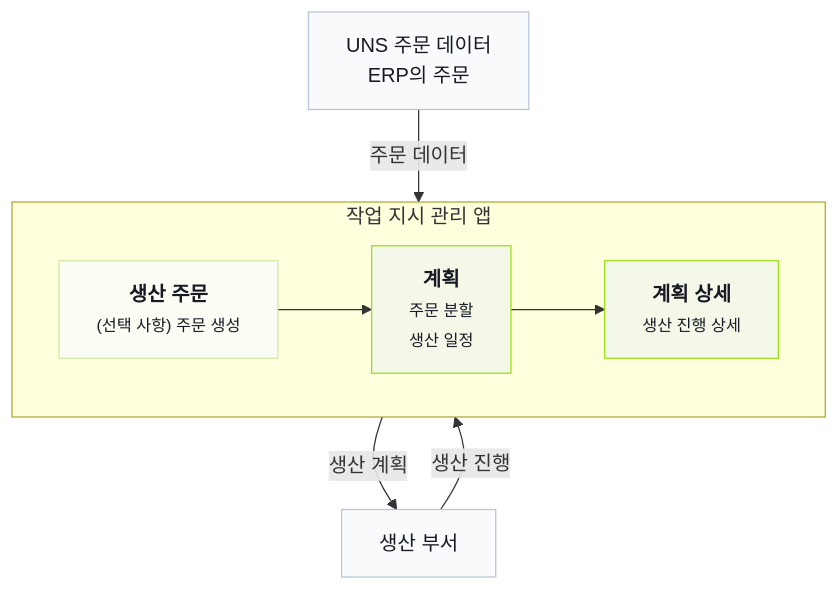
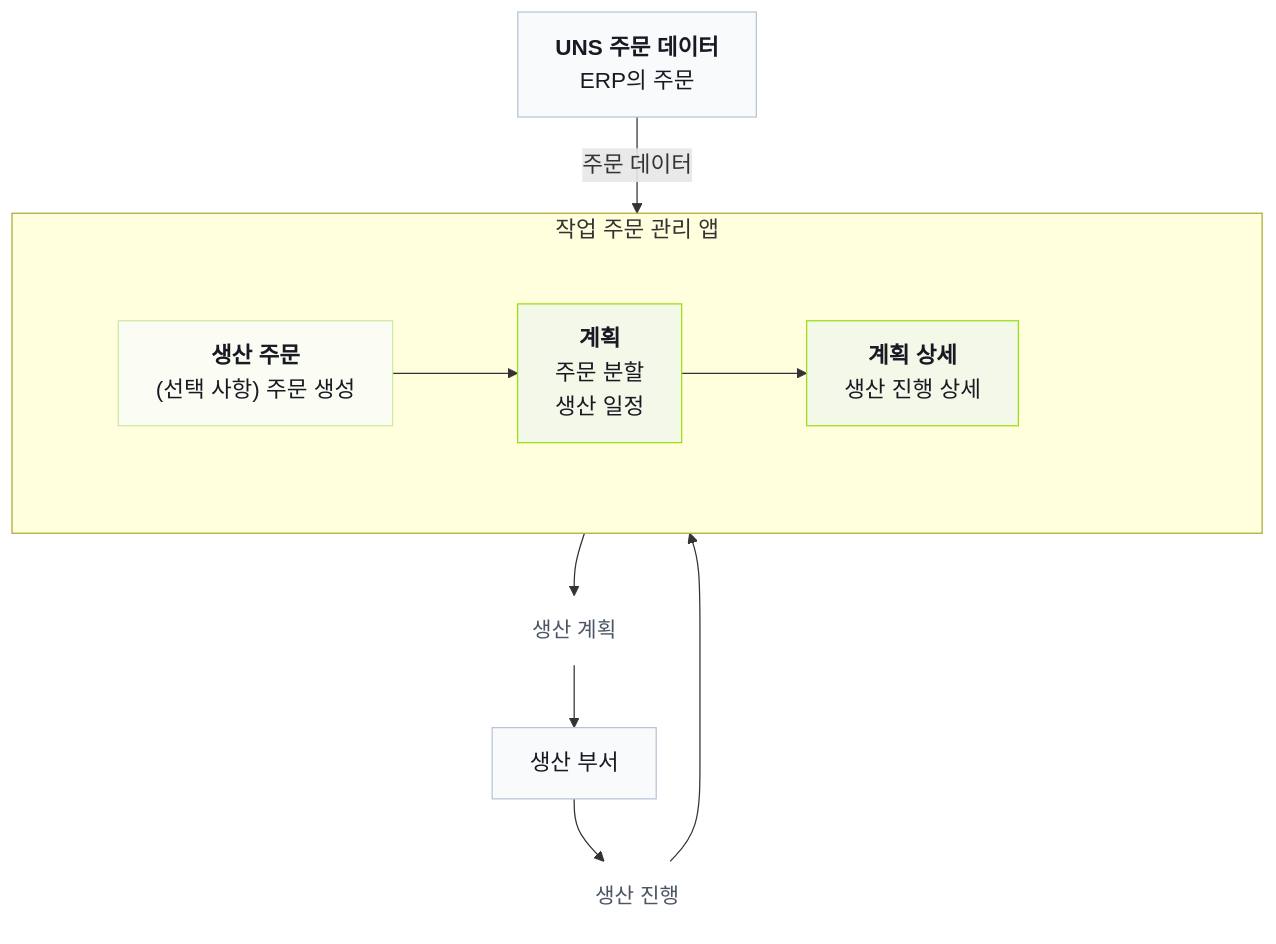
Before and after one commit to FREEZONEX/Tier0-docs-site: the diagram in src/content/docs/ko/get-started/demo-factory.mdx, drawn with Mermaid. The commit also changed other lines of this file and 93 other files, not shown here.

````diff
--- a/src/content/docs/ko/get-started/demo-factory.mdx
+++ b/src/content/docs/ko/get-started/demo-factory.mdx
@@ -16,25 +20,37 @@
 ```mermaid
+%%{init: {"themeVariables": {"fontSize": "18px"}, "themeCSS": ".nodeLabel, .edgeLabel, .cluster-label { font-size: 18px !important; } .nodeLabel b, .nodeLabel strong { font-size: 19px !important; }"}}%%
 flowchart TB
-  uns["UNS 주문 데이터<br/>ERP의 주문"]
-  production["생산 부서"]
+  uns["<span style='font-size:18px;font-weight:700'>UNS 주문 데이터</span><br/><span style='font-size:16px'>ERP의 주문</span>"]
+  production["<span style='font-size:18px'>생산 부서</span>"]
 
-  subgraph app["작업 지시 관리 앱"]
-    direction LR
-    orders["<b>생산 주문</b><br/><span style='font-size:13px'>(선택 사항) 주문 생성</span>"]
-    plans["<b>계획</b><br/><span style='font-size:13px'>주문 분할<br/>생산 일정</span>"]
-    details["<b>계획 상세</b><br/><span style='font-size:13px'>생산 진행 상세</span>"]
+  subgraph app["작업 주문 관리 앱"]
+    direction TB
+    appSpacer[" "]
+    subgraph appPages[" "]
+      direction LR
+      orders["<span style='font-size:18px;font-weight:700'>생산 주문</span><br/><span style='font-size:16px'>(선택 사항) 주문 생성</span>"]
+      plans["<span style='font-size:18px;font-weight:700'>계획</span><br/><span style='font-size:16px'>주문 분할<br/>생산 일정</span>"]
+      details["<span style='font-size:18px;font-weight:700'>계획 상세</span><br/><span style='font-size:16px;white-space:nowrap'>생산 진행 상세</span>"]
+    end
   end
 
   uns -- "주문 데이터" --> orders
   orders --> plans
   plans --> details
-  plans -- "생산 계획" --> production
-  production -- "생산 진행" --> details
+  plans --> planLabel["생산 계획"]
+  planLabel --> production
+  production --> progressLabel["생산 진행"]
+  progressLabel --> details
 
-  classDef external fill:#f8fafc,stroke:#b8c4d5,color:#171a22,stroke-width:1px
-  classDef optional fill:#fbfdf4,stroke:#cfe8a3,color:#171a22,stroke-width:1px
-  classDef appNode fill:#f4f8e9,stroke:#9adf11,color:#171a22,stroke-width:1px
+  classDef external fill:#f8fafc,stroke:#b8c4d5,color:#171a22,stroke-width:1px,font-size:18px
+  classDef optional fill:#fbfdf4,stroke:#cfe8a3,color:#171a22,stroke-width:1px,font-size:18px
+  classDef appNode fill:#f4f8e9,stroke:#9adf11,color:#171a22,stroke-width:1px,font-size:18px
+  classDef labelNode fill:transparent,stroke:transparent,color:#4b5563,font-size:17px
+  classDef invisible fill:transparent,stroke:transparent,color:transparent
   class uns,production external
   class orders optional
   class plans,details appNode
+  class planLabel,progressLabel labelNode
+  class appSpacer invisible
+  style appPages fill:transparent,stroke:transparent
 ```
````
